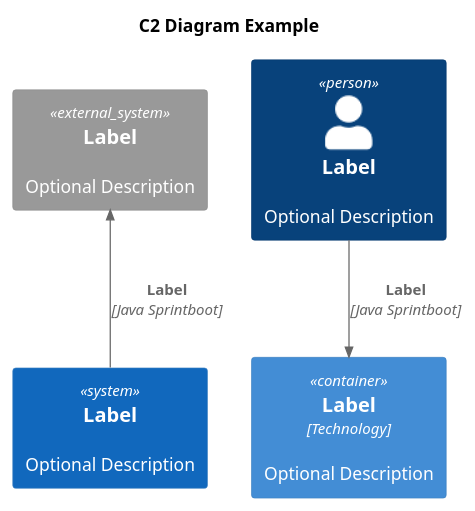
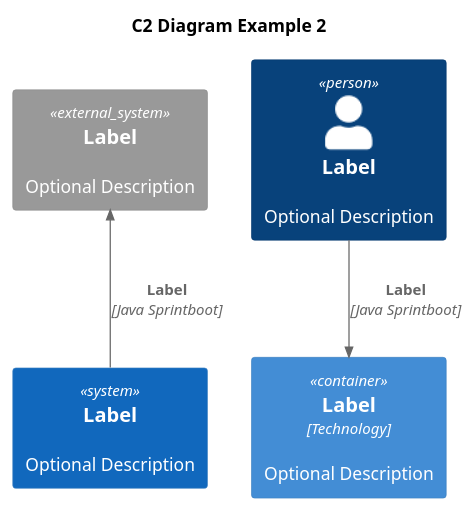
One commit to ItsWorkzFontys/Pars3.0 changed the diagram in Shared/Documentation/test2.puml. Above: the diagram before and after it, drawn with PlantUML. The commit also changed 1 other file, not shown here.

```diff
--- a/Shared/Documentation/test2.puml
+++ b/Shared/Documentation/test2.puml
@@ -1,14 +1,14 @@
 @startuml test2
-title C2 Diagram Example
+title C2 Diagram Example 2
 !include <C4/C4_Container>
 
 Person(personAlias, "Label", "Optional Description")
 Container(containerAlias, "Label", "Technology", "Optional Description")
 System(systemAlias, "Label", "Optional Description")
 
 System_Ext(extSystemAlias, "Label", "Optional Description")
 
 Rel(personAlias, containerAlias, "Label", "Java Sprintboot")
 
 Rel_U(systemAlias, extSystemAlias, "Label", "Java Sprintboot")
 @enduml
```
